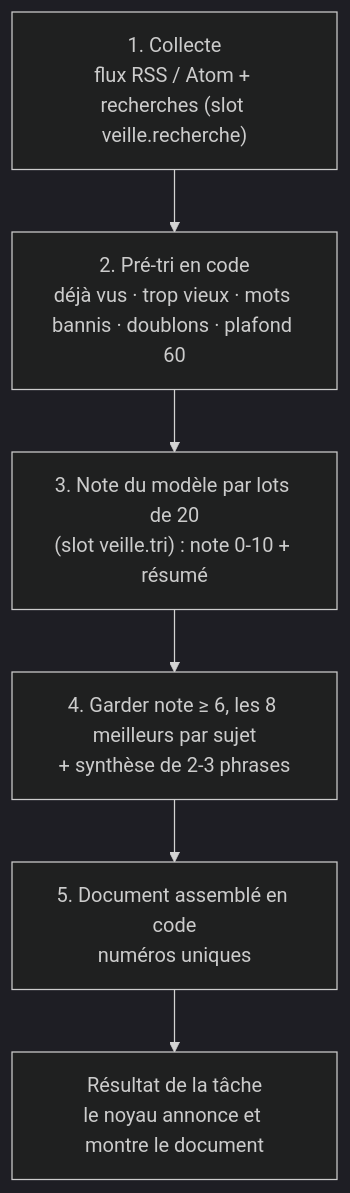
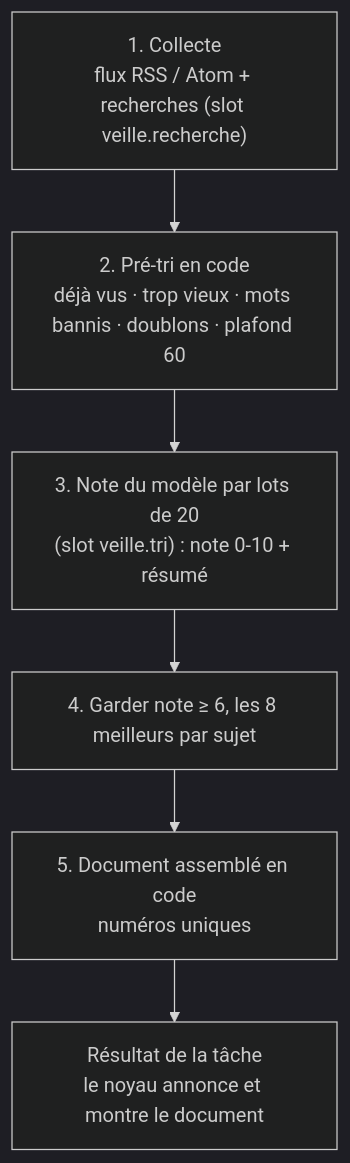
Before and after one commit to gleborgne/floppy: the diagram in docs/spec/veille.md, drawn with Mermaid (dark theme). The commit also changed other lines of this file and 6 other files, not shown here.

````diff
--- a/docs/spec/veille.md
+++ b/docs/spec/veille.md
@@ -15,8 +15,8 @@
 ```mermaid
 flowchart TB
   C["1. Collecte<br/>flux RSS / Atom + recherches (slot veille.recherche)"] --> P
   P["2. Pré-tri en code<br/>déjà vus · trop vieux · mots bannis · doublons · plafond 60"] --> L
   L["3. Note du modèle par lots de 20<br/>(slot veille.tri) : note 0-10 + résumé"] --> S
-  S["4. Garder note ≥ 6, les 8 meilleurs par sujet<br/>+ synthèse de 2-3 phrases"] --> M
+  S["4. Garder note ≥ 6, les 8 meilleurs par sujet"] --> M
   M["5. Document assemblé en code<br/>numéros uniques"] --> R["Résultat de la tâche<br/>le noyau annonce et montre le document"]
 ```
````
